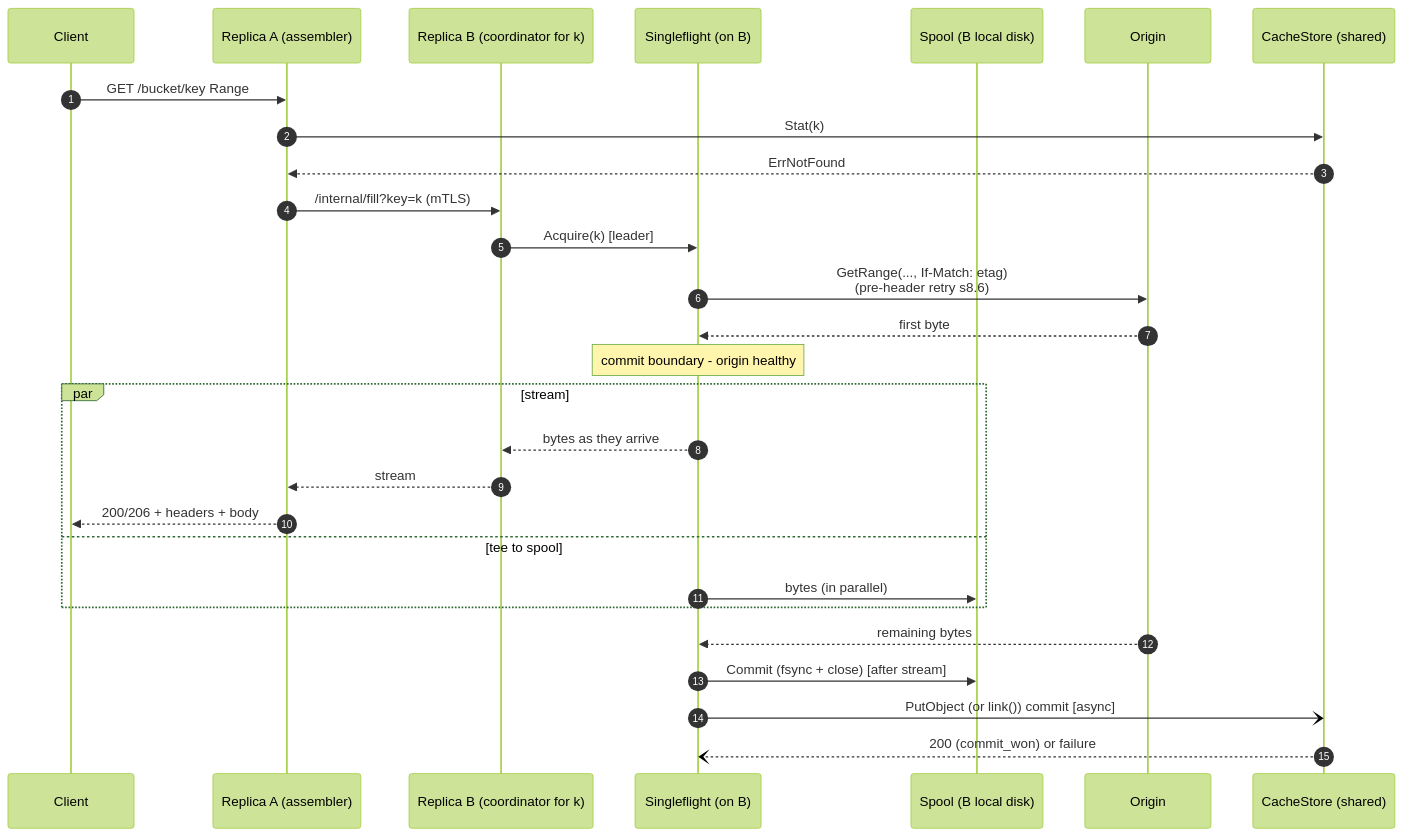
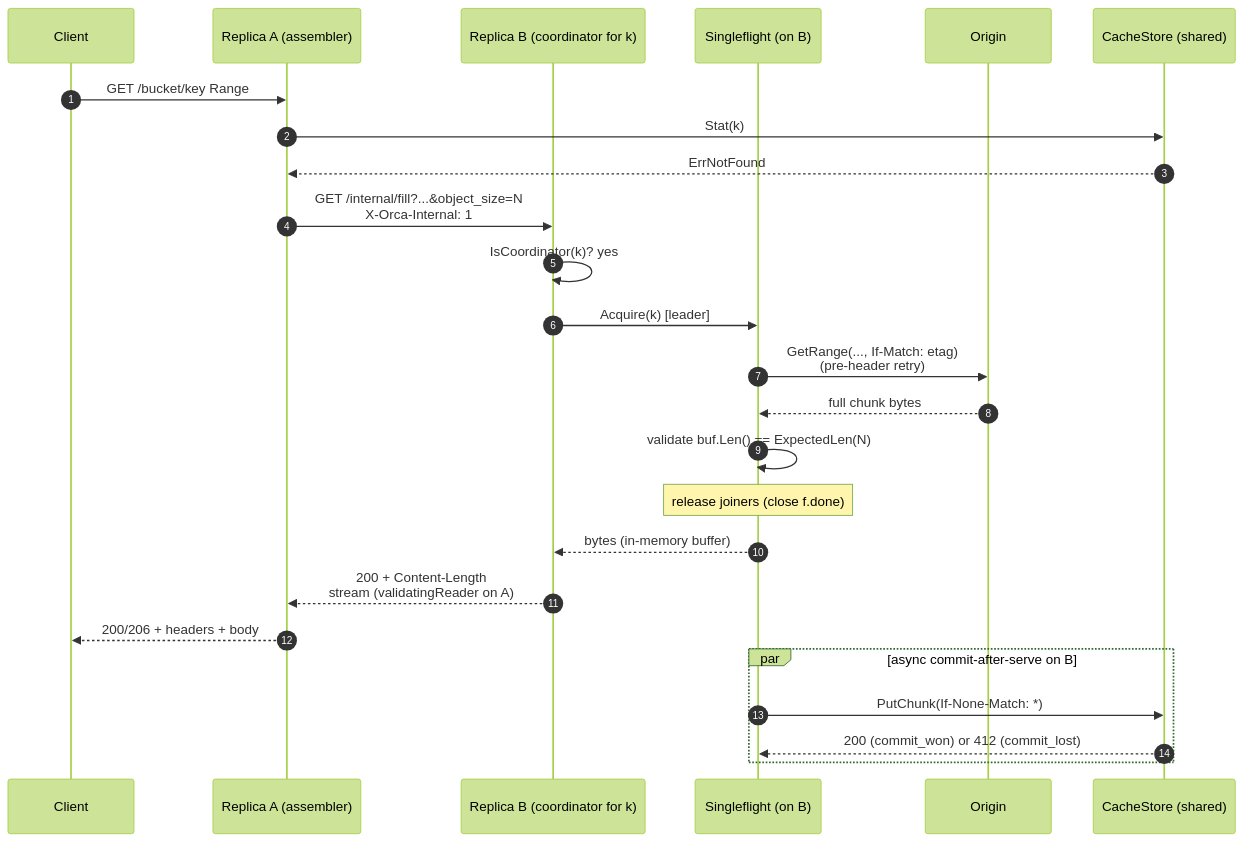
One commit to Azure/unbounded changed the second of 2 diagrams in design/orca/brief.md. Above: the diagram before and after it, drawn with Mermaid (forest theme). The commit also changed other lines of this file and 5 other files, not shown here.

````diff
--- a/design/orca/brief.md
+++ b/design/orca/brief.md
@@ -258,30 +259,27 @@
 ```mermaid
 sequenceDiagram
     autonumber
     participant C as Client
     participant A as Replica A (assembler)
     participant B as Replica B (coordinator for k)
     participant SF as Singleflight (on B)
-    participant Sp as Spool (B local disk)
     participant O as Origin
     participant CS as CacheStore (shared)
     C->>A: GET /bucket/key Range
     A->>CS: Stat(k)
     CS-->>A: ErrNotFound
-    A->>B: /internal/fill?key=k (mTLS)
+    A->>B: GET /internal/fill?...&object_size=N<br/>X-Orca-Internal: 1
+    B->>B: IsCoordinator(k)?  yes
     B->>SF: Acquire(k) [leader]
-    SF->>O: GetRange(..., If-Match: etag)<br/>(pre-header retry s8.6)
-    O-->>SF: first byte
-    Note over SF: commit boundary - origin healthy
-    par stream
-        SF-->>B: bytes as they arrive
-        B-->>A: stream
-        A-->>C: 200/206 + headers + body
-    and tee to spool
-        SF->>Sp: bytes (in parallel)
+    SF->>O: GetRange(..., If-Match: etag)<br/>(pre-header retry)
+    O-->>SF: full chunk bytes
+    SF->>SF: validate buf.Len() == ExpectedLen(N)
+    Note over SF: release joiners (close f.done)
+    SF-->>B: bytes (in-memory buffer)
+    B-->>A: 200 + Content-Length<br/>stream (validatingReader on A)
+    A-->>C: 200/206 + headers + body
+    par async commit-after-serve on B
+        SF->>CS: PutChunk(If-None-Match: *)
+        CS-->>SF: 200 (commit_won) or 412 (commit_lost)
     end
-    O-->>SF: remaining bytes
-    SF->>Sp: Commit (fsync + close) [after stream]
-    SF-)CS: PutObject (or link()) commit [async]
-    CS--)SF: 200 (commit_won) or failure
 ```
````
